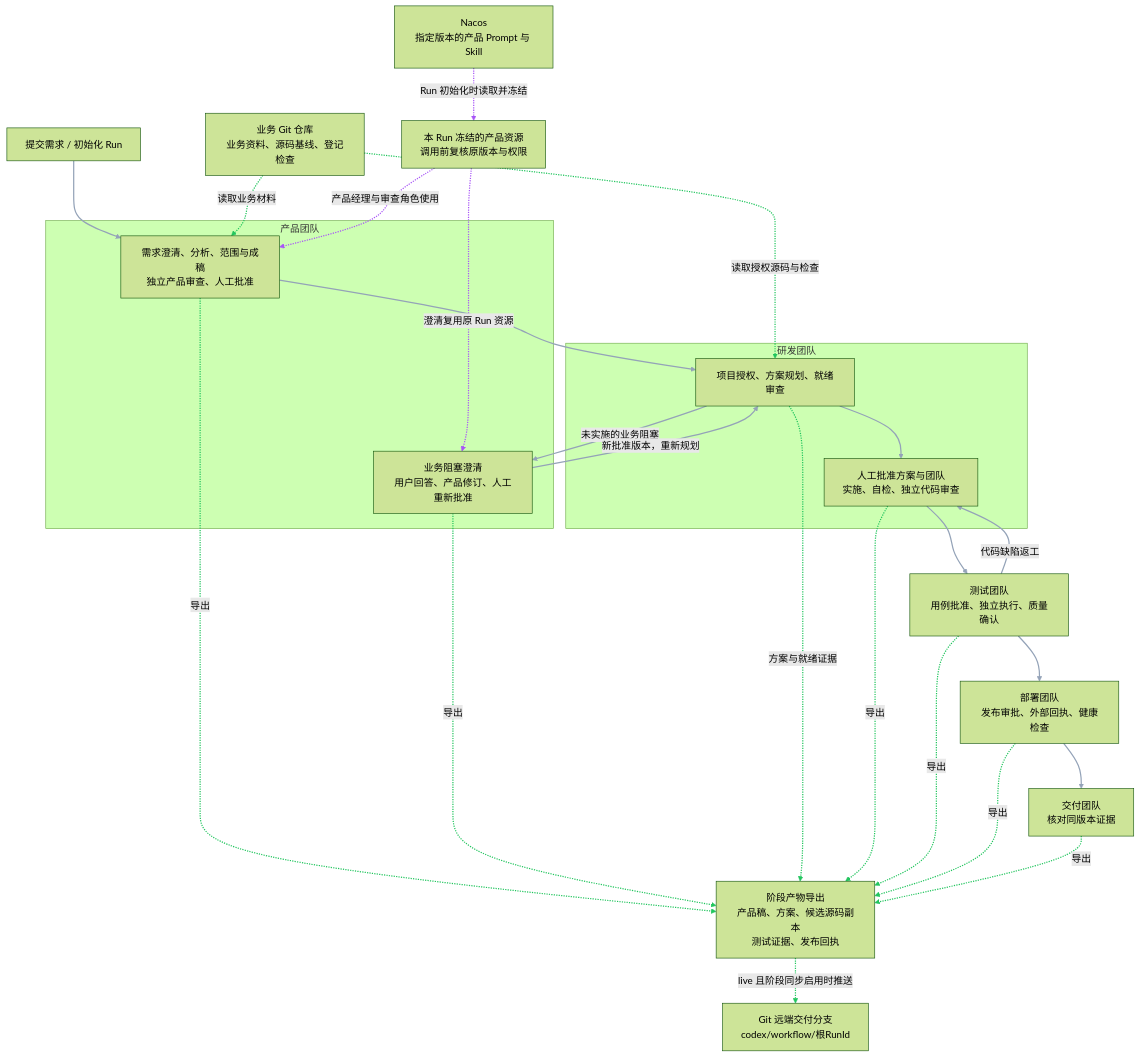
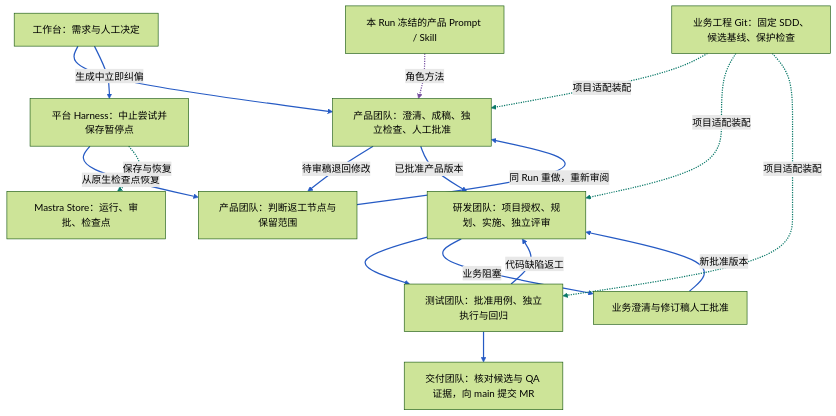
The first of 3 diagrams in docs/application/visual-framework.md (leidaibo-lab/ai-platform), drawn with Mermaid (forest theme) before and after one commit. The commit also changed other lines of this file and 115 other files, not shown here.

````diff
--- a/docs/application/visual-framework.md
+++ b/docs/application/visual-framework.md
@@ -43,52 +44,22 @@
 ```mermaid
 flowchart TB
-    START["提交需求 / 初始化 Run"]
-
-    subgraph PRODUCT["产品团队"]
-        P["需求澄清、分析、范围与成稿<br/>独立产品审查、人工批准"]
-        C["业务阻塞澄清<br/>用户回答、产品修订、人工重新批准"]
-    end
-
-    subgraph DEV["研发团队"]
-        D["项目授权、方案规划、就绪审查"]
-        E["人工批准方案与团队<br/>实施、自检、独立代码审查"]
-    end
-
-    T["测试团队<br/>用例批准、独立执行、质量确认"]
-    L["部署团队<br/>发布审批、外部回执、健康检查"]
-    F["交付团队<br/>核对同版本证据"]
-    B["业务 Git 仓库<br/>业务资料、源码基线、登记检查"]
-    O["阶段产物导出<br/>产品稿、方案、候选源码副本<br/>测试证据、发布回执"]
-    R["Git 远端交付分支<br/>codex/workflow/根RunId"]
-    N["Nacos<br/>指定版本的产品 Prompt 与 Skill"]
-    S["本 Run 冻结的产品资源<br/>调用前复核原版本与权限"]
-
-    START --> P
-    P --> D
-    D --> E
-    E --> T
-    T --> L
-    L --> F
-    D -->|未实施的业务阻塞| C
-    C -->|新批准版本，重新规划| D
-    T -->|代码缺陷返工| E
-
-    B -.->|读取业务材料| P
-    B -.->|读取授权源码与检查| D
-    P -.->|导出| O
-    C -.->|导出| O
-    D -.->|方案与就绪证据| O
-    E -.->|导出| O
-    T -.->|导出| O
-    L -.->|导出| O
-    F -.->|导出| O
-    O -.->|live 且阶段同步启用时推送| R
-
-    N -.->|Run 初始化时读取并冻结| S
-    S -.->|产品经理与审查角色使用| P
-    S -.->|澄清复用原 Run 资源| C
-
-    linkStyle 0,1,2,3,4,5,6,7,8 stroke:#94a3b8,stroke-width:2px
-    linkStyle 9,10,11,12,13,14,15,16,17,18 stroke:#22c55e,stroke-width:2px
-    linkStyle 19,20,21 stroke:#a855f7,stroke-width:2px
+    UI["工作台：需求与人工决定"] --> P["产品团队：澄清、成稿、独立检查、人工批准"]
+    UI -->|生成中立即纠偏| CORRECT["平台 Harness：中止尝试并保存暂停点"]
+    P -->|待审稿退回修改| REWORK["产品团队：判断返工节点与保留范围"]
+    CORRECT -->|从原生检查点恢复| REWORK
+    REWORK -->|同 Run 重做，重新审阅| P
+    P -->|已批准产品版本| D["研发团队：项目授权、规划、实施、独立评审"]
+    D --> T["测试团队：批准用例、独立执行与回归"]
+    T --> F["交付团队：核对候选与 QA 证据，向 main 提交 MR"]
+    D -->|业务阻塞| C["业务澄清与修订稿人工批准"]
+    C -->|新批准版本| D
+    T -->|代码缺陷返工| D
+    G["业务工程 Git：固定 SDD、候选基线、保护检查"] -.->|项目适配装配| P
+    G -.->|项目适配装配| D
+    G -.->|项目适配装配| T
+    N["本 Run 冻结的产品 Prompt / Skill"] -.->|角色方法| P
+    CORRECT -.->|保存与恢复| S["Mastra Store：运行、审批、检查点"]
+    linkStyle 0,1,2,3,4,5,6,7,8,9,10 stroke:#255ac4,stroke-width:2px
+    linkStyle 11,12,13,15 stroke:#097868,stroke-width:2px
+    linkStyle 14 stroke:#7650a0,stroke-width:2px
 ```
````
